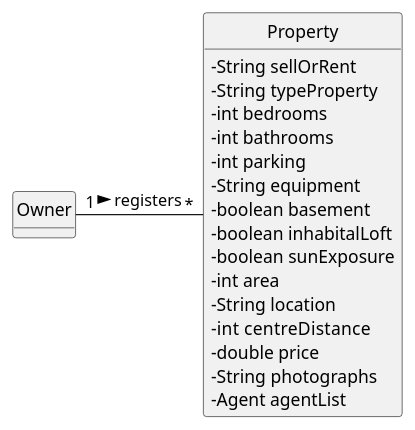
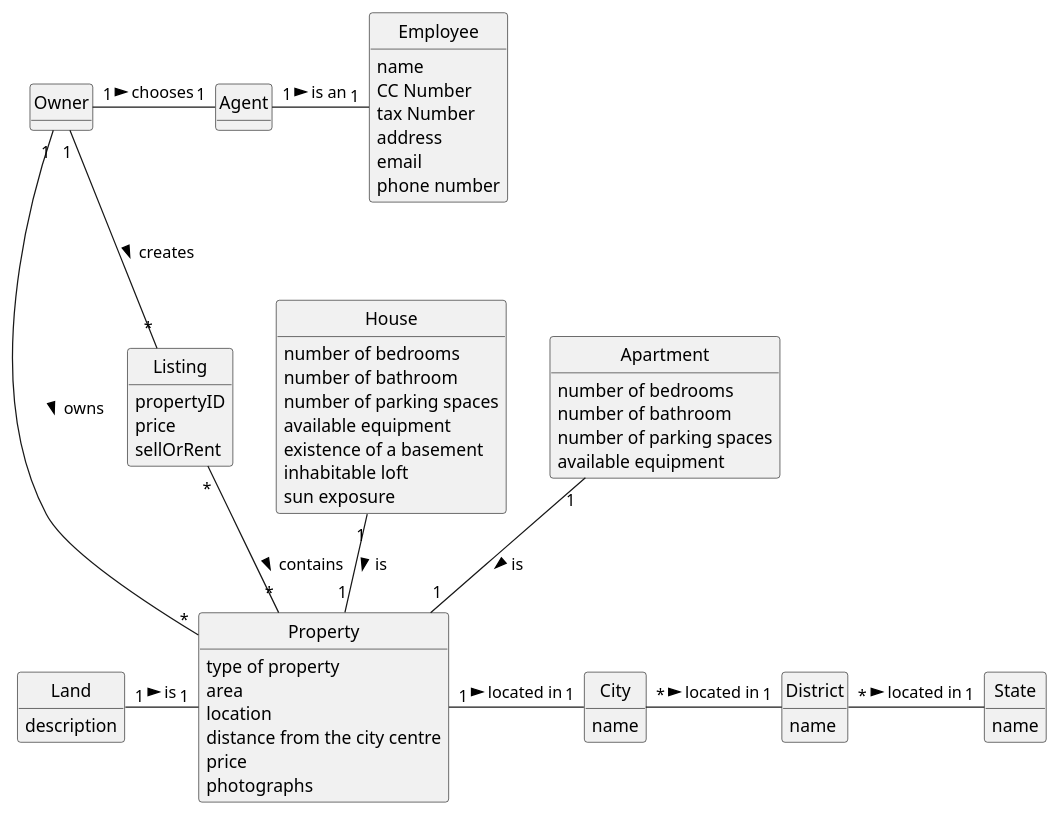
Before and after one commit to tiagohcorreia/LAPR2: the diagram in docs/sprintB/US004/02.analysis/puml/US004-Domain-Model.puml, drawn with PlantUML. The commit also changed 2 other files, not shown here.

Commit message:
US04- Domain Model update

```diff
--- a/docs/sprintB/US004/02.analysis/puml/US004-Domain-Model.puml
+++ b/docs/sprintB/US004/02.analysis/puml/US004-Domain-Model.puml
@@ -1,34 +1,95 @@
 @startuml
 skinparam monochrome true
 skinparam packageStyle rectangle
 skinparam shadowing false
 
+'left to right direction
 
 skinparam classAttributeIconSize 0
 
 hide circle
 hide methods
 
+'title Domain Model
+
+'class Platform {
+'  -description
+'}
+
 class Owner {
 }
+class Agent{
 
+}
+class Employee{
+    name
+    CC Number
+    tax Number
+    address
+    email
+    phone number
+}
+class Listing{
+    propertyID
+    price
+    sellOrRent
+
+}
 class Property {
-    - String sellOrRent
-    - String typeProperty
-    - int bedrooms
-    - int bathrooms
-    - int parking
-    - String equipment
-    - boolean basement
-    - boolean inhabitalLoft
-    - boolean sunExposure
-    - int area
-    - String location
-    - int  centreDistance
-    - double price
-    - String photographs
-    - Agent agentList
+     type of property
+     area
+     location
+     distance from the city centre
+     price
+     photographs
+}
+class House {
+     number of bedrooms
+     number of bathroom
+     number of parking spaces
+     available equipment
+     existence of a basement
+     inhabitable loft
+     sun exposure
 }
 
-Owner "1" - "*" Property: registers >
+class Apartment {
+     number of bedrooms
+     number of bathroom
+     number of parking spaces
+     available equipment
+}
+class Land {
+     description
+}
+
+class City{
+    name
+}
+class District{
+    name
+}
+class State{
+    name
+}
+
+
+
+Listing "*" -- "*" Property: contains >
+Owner "1" -- "*" Listing: creates >
+Owner "1" -- "*" Property: owns >
+House "1" --"1" Property: is >
+Apartment"1" -- "1" Property: is >
+Land"1" - "1" Property: is >
+Property "1" - "1" City: located in >
+City "*" - "1" District: located in >
+District "*" - "1" State: located in >
+Owner "1" - "1" Agent: chooses >
+Agent "1" - "1" Employee: is an >
+
+
+
+
+
+
 @enduml
```
